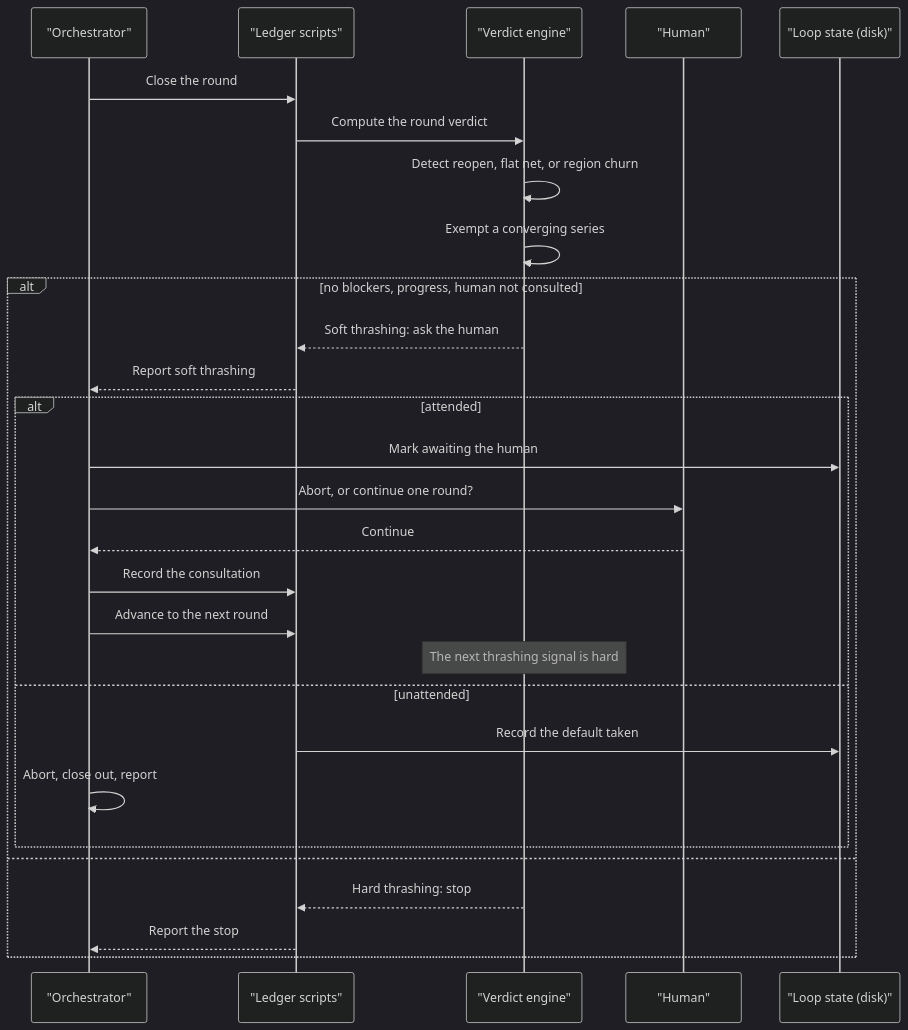
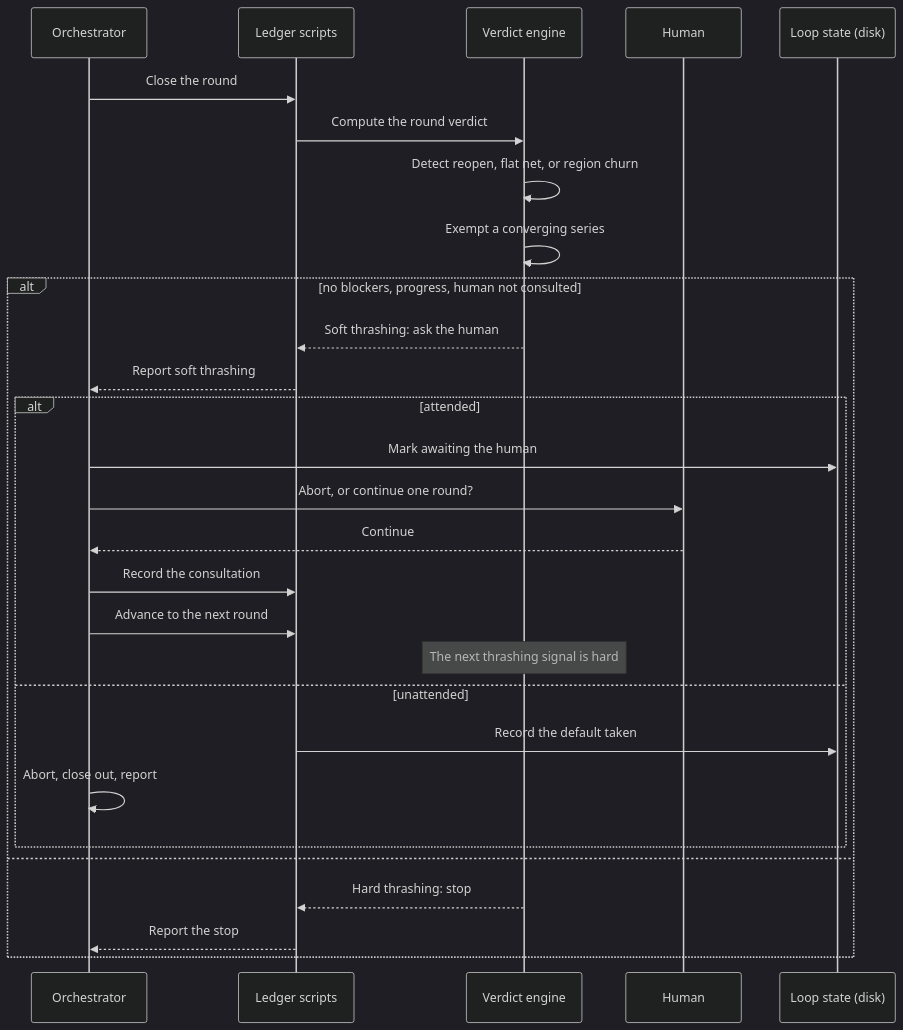
The tenth of 20 diagrams in docs/architecture/review-loop-tools.md (peterlit/quiller-claude-plugins), drawn with Mermaid (dark theme) before and after one commit. The commit also changed other lines of this file and 9 other files, not shown here.

````diff
--- a/docs/architecture/review-loop-tools.md
+++ b/docs/architecture/review-loop-tools.md
@@ -834,31 +834,31 @@
 ```mermaid
 sequenceDiagram
-    participant O as "Orchestrator"
-    participant L as "Ledger scripts"
-    participant V as "Verdict engine"
-    participant H as "Human"
-    participant S as "Loop state (disk)"
+    participant O as Orchestrator
+    participant L as Ledger scripts
+    participant V as Verdict engine
+    participant H as Human
+    participant S as Loop state (disk)
 
     O->>L: Close the round
     L->>V: Compute the round verdict
     V->>V: Detect reopen, flat net, or region churn
     V->>V: Exempt a converging series
     alt no blockers, progress, human not consulted
         V-->>L: Soft thrashing: ask the human
         L-->>O: Report soft thrashing
         alt attended
             O->>S: Mark awaiting the human
             O->>H: Abort, or continue one round?
             H-->>O: Continue
             O->>L: Record the consultation
             O->>L: Advance to the next round
             Note over V: The next thrashing signal is hard
         else unattended
             L->>S: Record the default taken
             O->>O: Abort, close out, report
         end
     else
         V-->>L: Hard thrashing: stop
         L-->>O: Report the stop
     end
 ```
````
